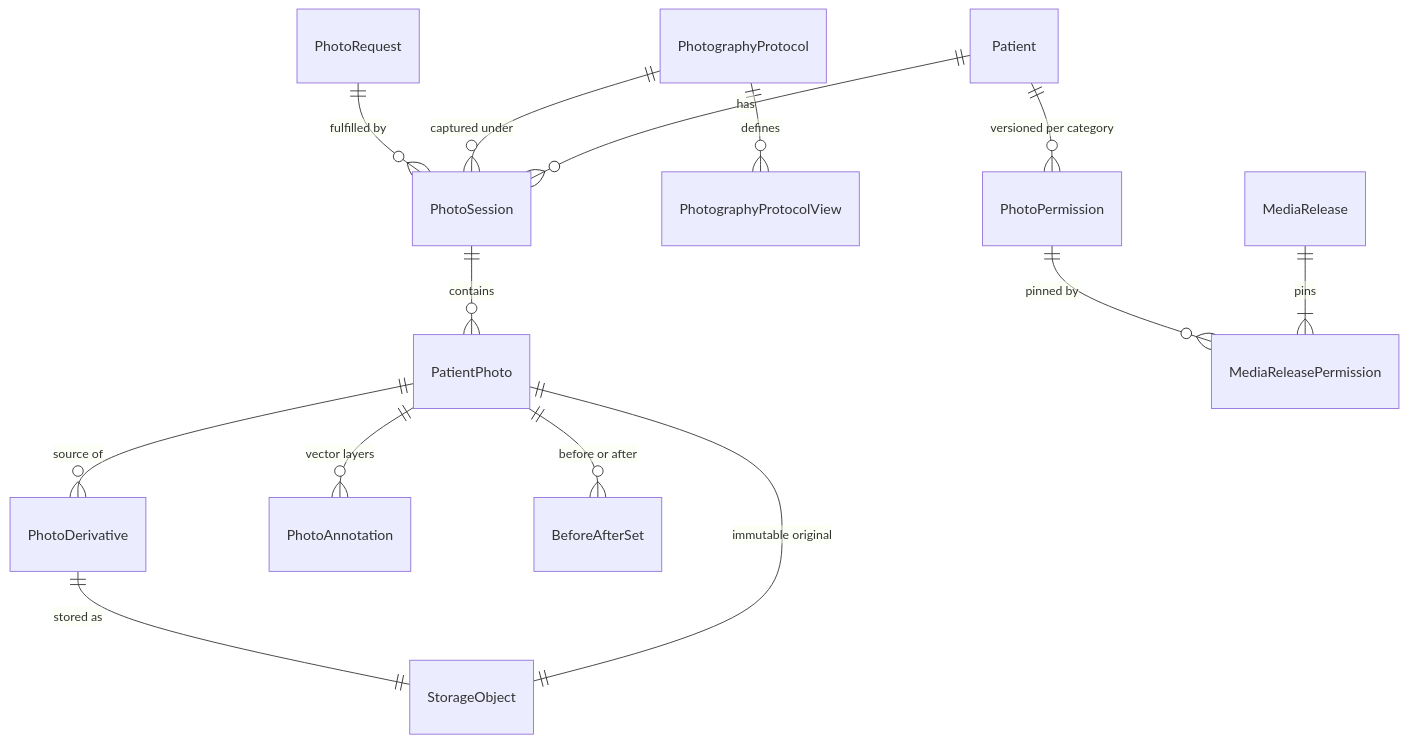
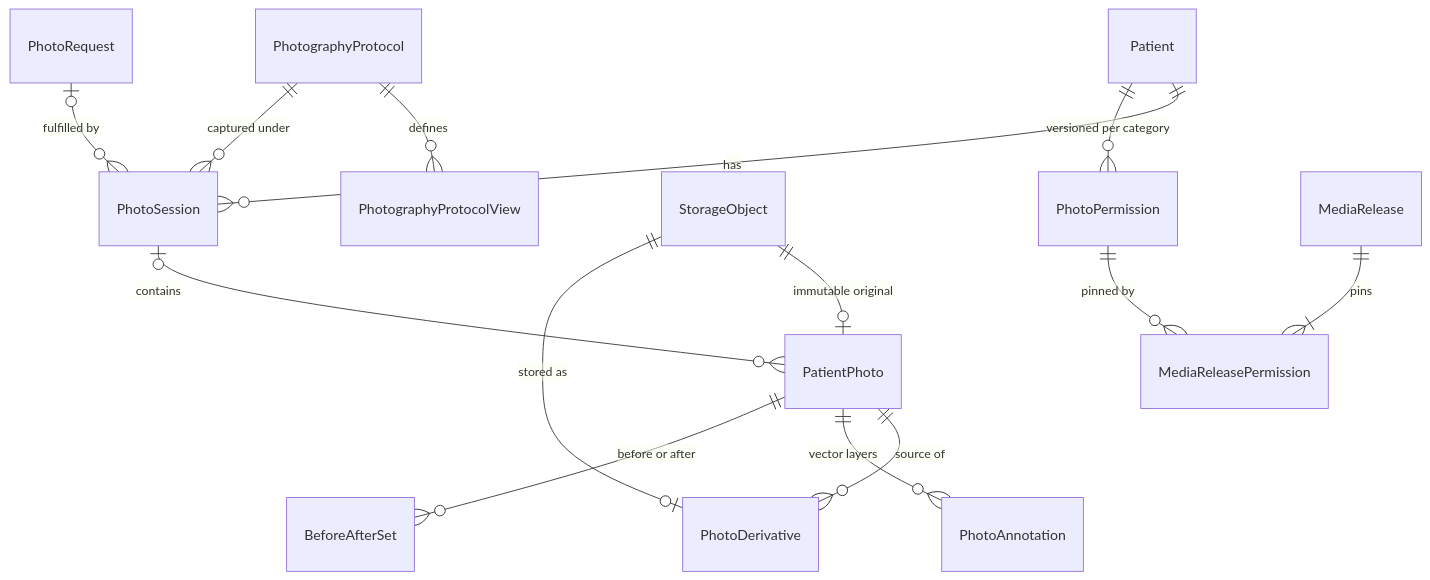
Before and after one commit to cgibson24/Aestara: the first of 5 diagrams in docs/PHOTO_ARCHITECTURE.md, drawn with Mermaid. The commit also changed other lines of this file and 30 other files, not shown here.

````diff
--- a/docs/PHOTO_ARCHITECTURE.md
+++ b/docs/PHOTO_ARCHITECTURE.md
@@ -83,16 +83,16 @@
 ```mermaid
 erDiagram
   Patient ||--o{ PhotoSession : has
   PhotographyProtocol ||--o{ PhotographyProtocolView : defines
   PhotographyProtocol ||--o{ PhotoSession : "captured under"
-  PhotoSession ||--o{ PatientPhoto : contains
-  PatientPhoto ||--|| StorageObject : "immutable original"
+  PhotoSession |o--o{ PatientPhoto : contains
+  StorageObject ||--o| PatientPhoto : "immutable original"
   PatientPhoto ||--o{ PhotoDerivative : "source of"
-  PhotoDerivative ||--|| StorageObject : "stored as"
+  StorageObject ||--o| PhotoDerivative : "stored as"
   PatientPhoto ||--o{ PhotoAnnotation : "vector layers"
   Patient ||--o{ PhotoPermission : "versioned per category"
   MediaRelease ||--|{ MediaReleasePermission : pins
   PhotoPermission ||--o{ MediaReleasePermission : "pinned by"
   PatientPhoto ||--o{ BeforeAfterSet : "before or after"
-  PhotoRequest ||--o{ PhotoSession : "fulfilled by"
+  PhotoRequest |o--o{ PhotoSession : "fulfilled by"
 ```
````
